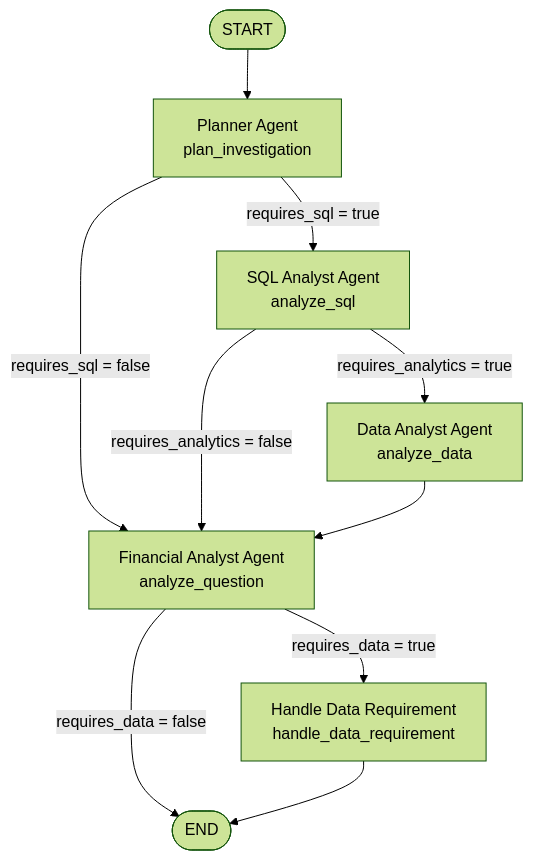
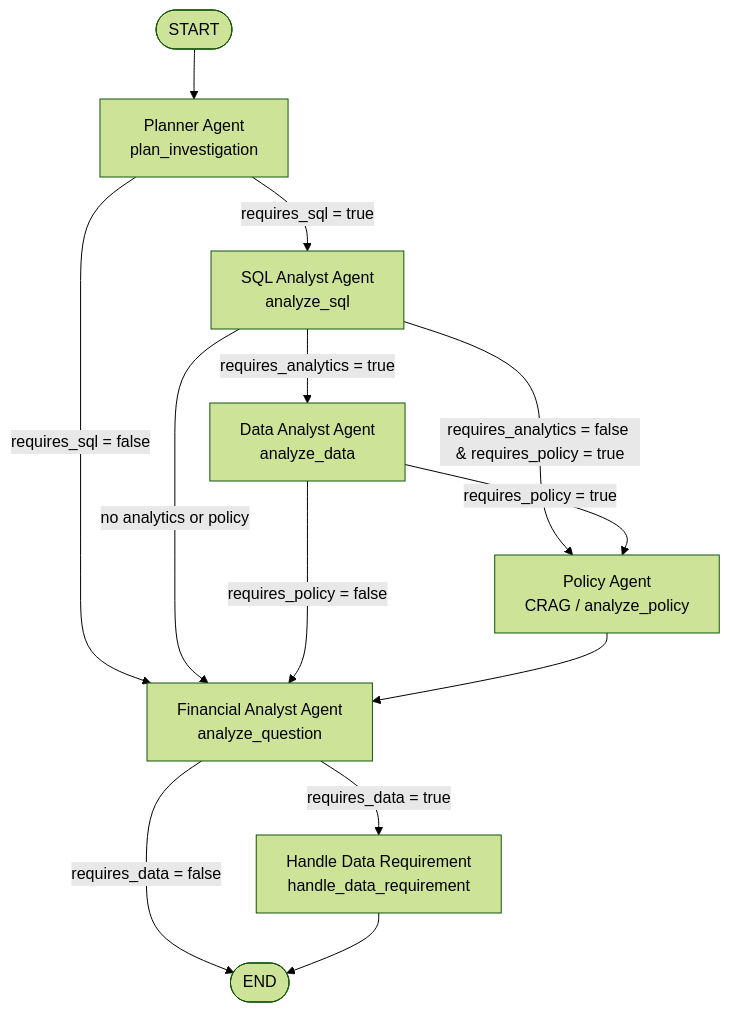
Before and after one commit to zainexperience2005/financial-intelligence-risk-platform: the diagram in README.md, drawn with Mermaid (forest theme). The commit also changed other lines of this file and 110 other files, not shown here.

Commit message:
feat: implement CRAG layer, full LangGraph multi-agent orchestration, expand test suite, and update documentation

````diff
--- a/README.md
+++ b/README.md
@@ -38,17 +41,21 @@
 ```mermaid
 flowchart TD
     START([START]) --> Planner[Planner Agent<br/>plan_investigation]
     
     Planner -->|requires_sql = true| SQL[SQL Analyst Agent<br/>analyze_sql]
     Planner -->|requires_sql = false| Analyze[Financial Analyst Agent<br/>analyze_question]
     
     SQL -->|requires_analytics = true| DataAnalyst[Data Analyst Agent<br/>analyze_data]
-    SQL -->|requires_analytics = false| Analyze
+    SQL -->|requires_analytics = false & requires_policy = true| PolicyAgent[Policy Agent<br/>CRAG / analyze_policy]
+    SQL -->|no analytics or policy| Analyze
     
-    DataAnalyst --> Analyze
+    DataAnalyst -->|requires_policy = true| PolicyAgent
+    DataAnalyst -->|requires_policy = false| Analyze
+    
+    PolicyAgent --> Analyze
     
     Analyze -->|requires_data = true| DataReq[Handle Data Requirement<br/>handle_data_requirement]
     Analyze -->|requires_data = false| END_NODE([END])
     
     DataReq --> END_NODE
 ```
````
